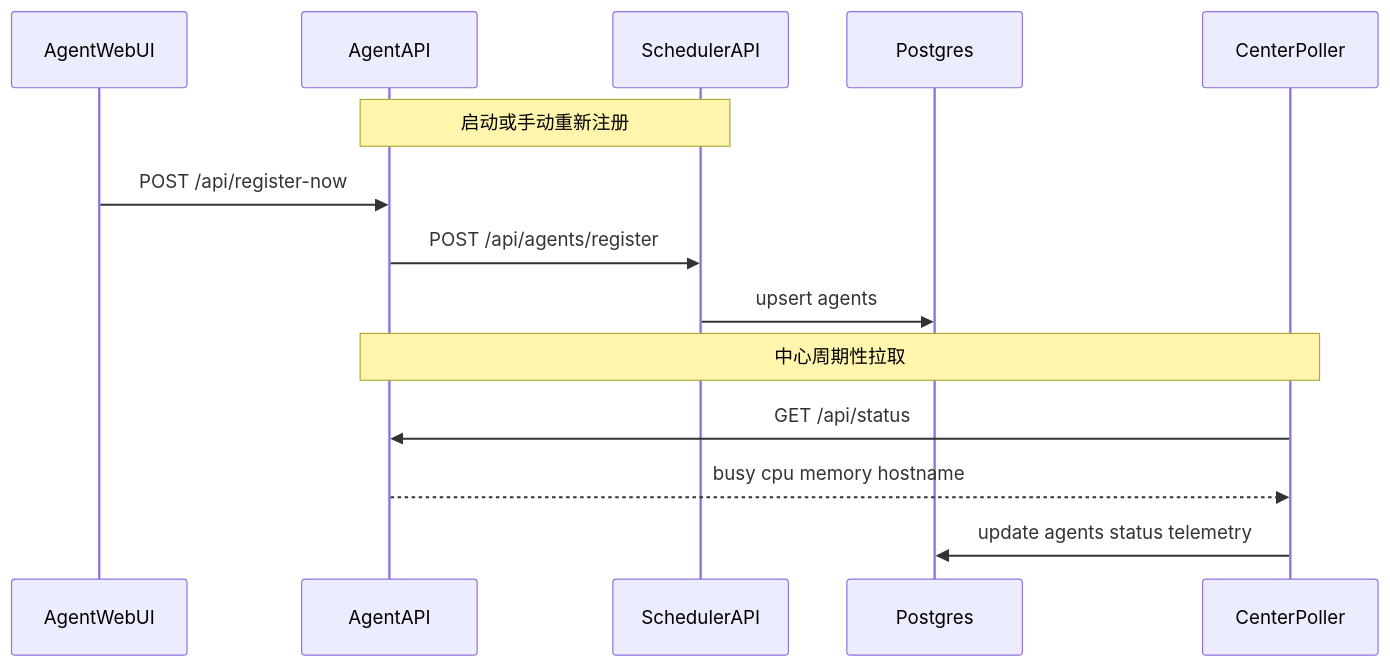
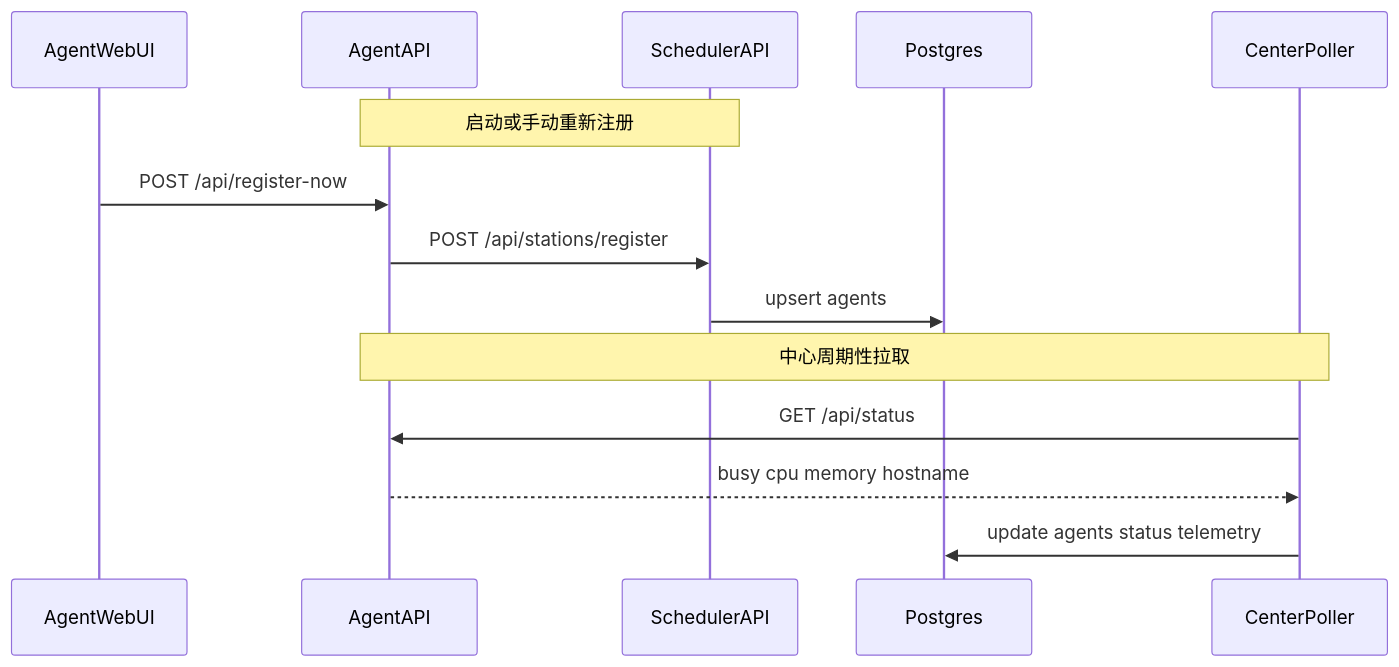
One commit to zhongbinyang/Atlas changed the second of 8 diagrams in docs/api.md. Above: the diagram before and after it, drawn with Mermaid. The commit also changed other lines of this file and 61 other files, not shown here.

````diff
--- a/docs/api.md
+++ b/docs/api.md
@@ -92,18 +93,18 @@
 ```mermaid
 sequenceDiagram
   participant AW as AgentWebUI
   participant AA as AgentAPI
   participant SA as SchedulerAPI
   participant DB as Postgres
   participant Poll as CenterPoller
 
   Note over AA,SA: 启动或手动重新注册
   AW->>AA: POST /api/register-now
-  AA->>SA: POST /api/agents/register
+  AA->>SA: POST /api/stations/register
   SA->>DB: upsert agents
 
   Note over Poll,AA: 中心周期性拉取
   Poll->>AA: GET /api/status
   AA-->>Poll: busy cpu memory hostname
   Poll->>DB: update agents status telemetry
 ```
````
